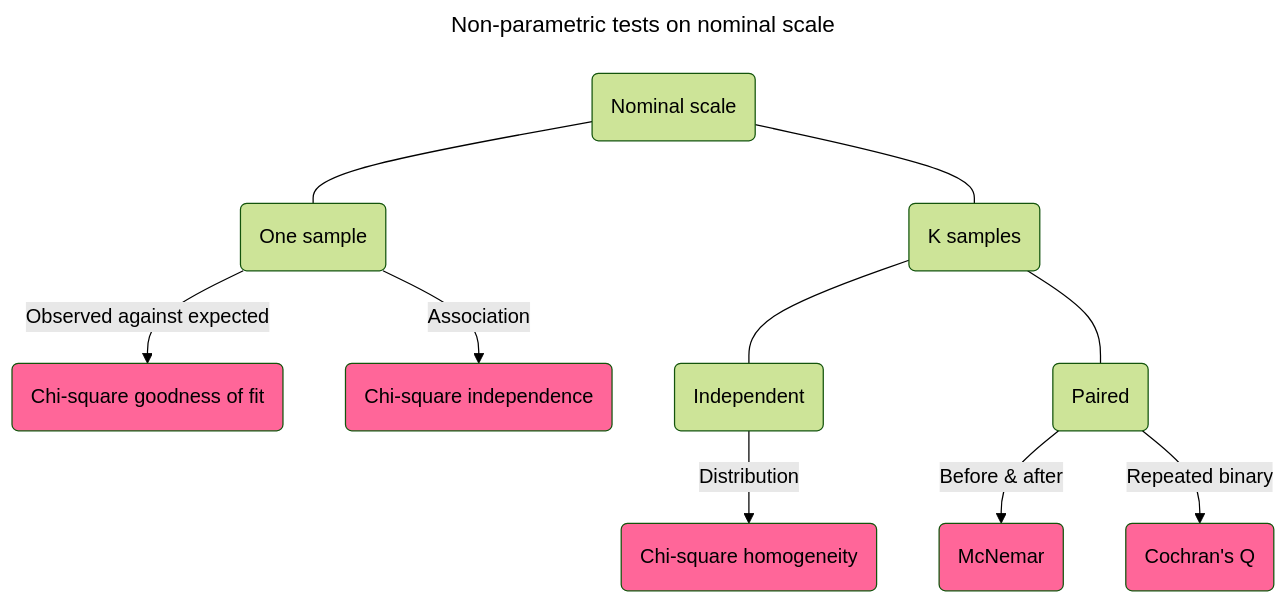
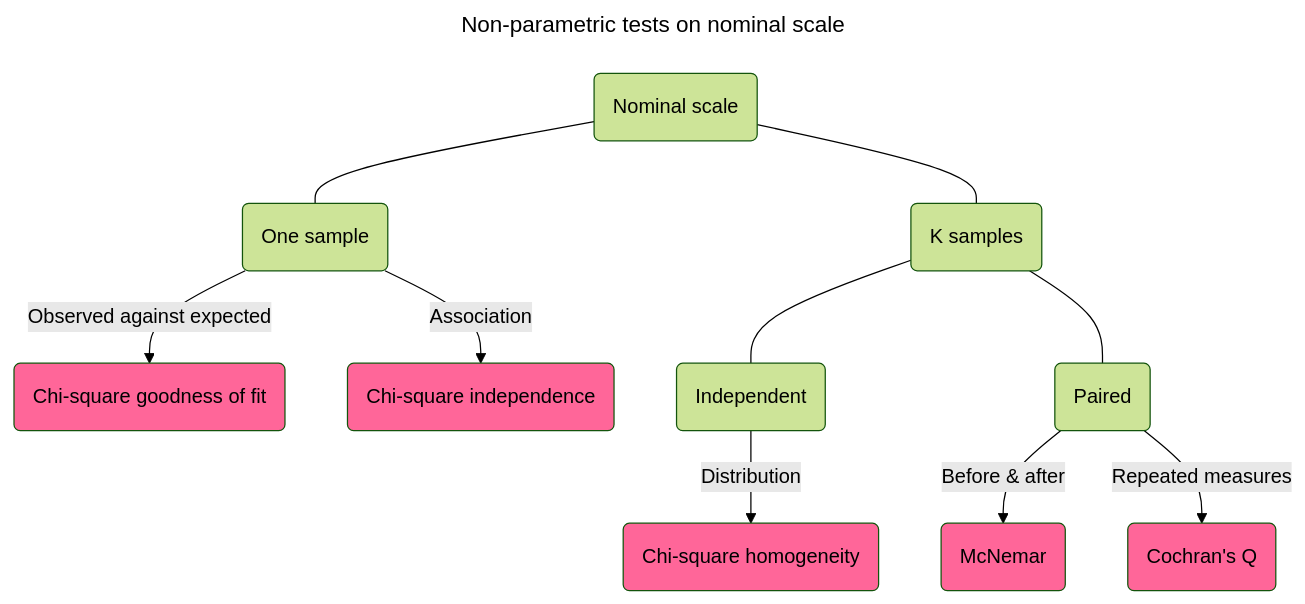
Before and after one commit to x-square/data_analytics: the second of 3 diagrams in 24_05_maths_statistics_analytics.md, drawn with Mermaid (forest theme).

Commit message:
2024 Notes on Maths and Practices for Analytics
This document covers key concepts in maths, statistics and practical practices used in analytics, with applications in Python. It is compiled from various resources for academic use.

````diff
--- a/24_05_maths_statistics_analytics.md
+++ b/24_05_maths_statistics_analytics.md
@@ -2115,20 +2115,20 @@
 ```mermaid
 ---
 title: Non-parametric tests on nominal scale
 ---
 graph TD
     A1(Nominal scale) --- B1(One sample)
     B1 -- Observed against expected --> C1(Chi-square goodness of fit)
     B1 -- Association --> C2(Chi-square independence)
     A1 --- B3(K samples)
     B3 ---D1(Independent) -- Distribution --> E1(Chi-square homogeneity)
     B3 --- D2(Paired) -- Before & after --> E2(McNemar)
-    D2 -- Repeated binary --> E3(Cochran's Q)
+    D2 -- Repeated measures --> E3(Cochran's Q)
 
     %% Style (Colour-coding)
     style C1 fill:#f69
     style C2 fill:#f69
     style E1 fill:#f69
     style E2 fill:#f69
     style E3 fill:#f69
 ```
````
